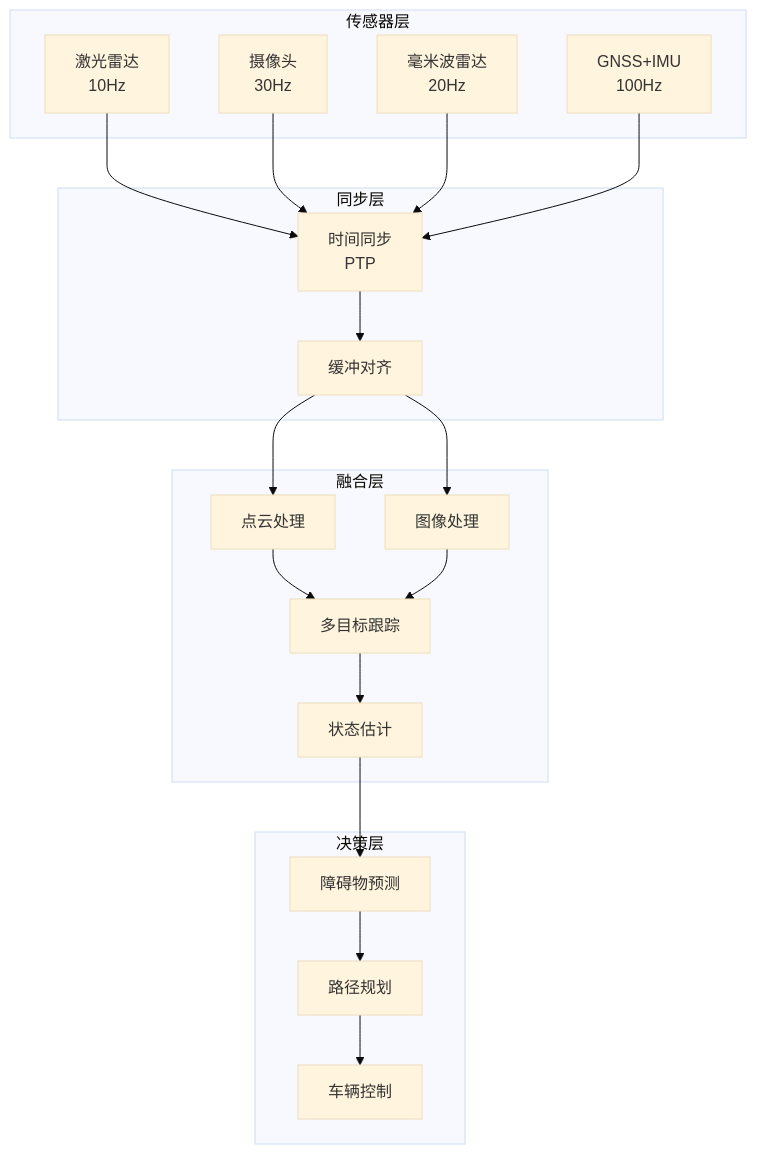
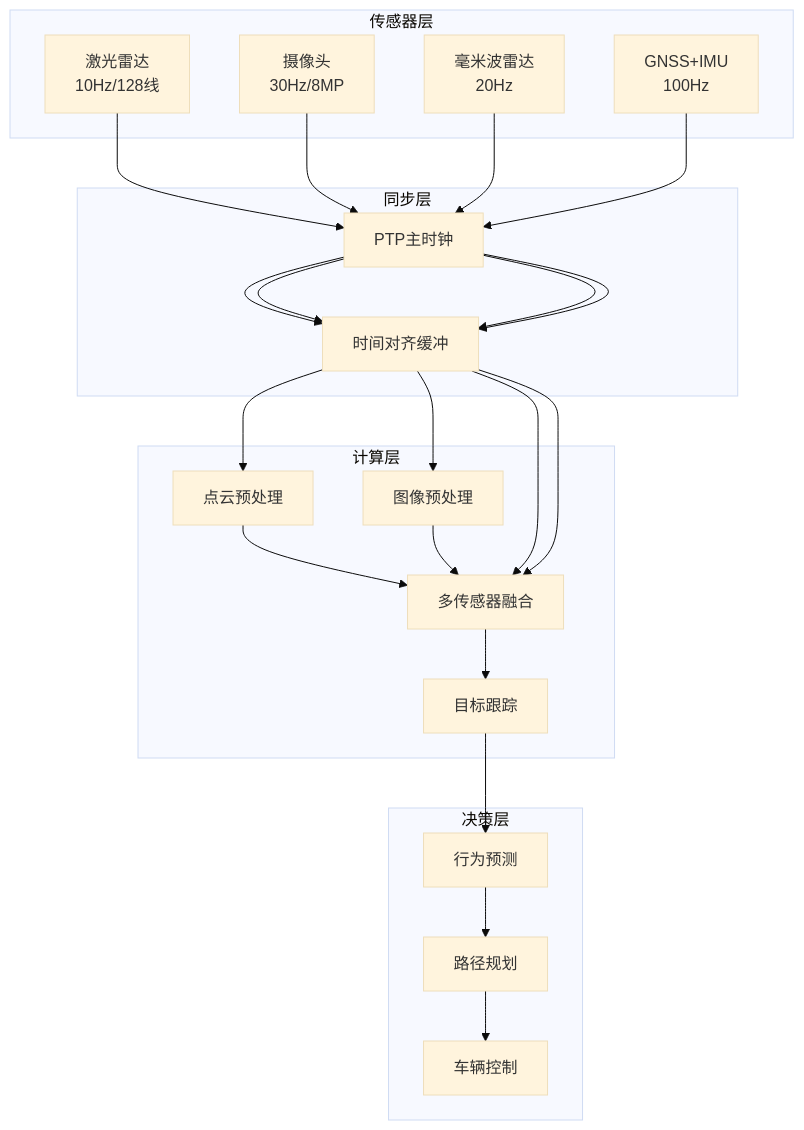
One commit to AdaMartin18010/AnalysisDataFlow changed the diagram in phase2-case-studies/autonomous-driving/11.6.1-sensor-fusion.md. Above: the diagram before and after it, drawn with Mermaid (base theme). The commit also changed other lines of this file and 254 other files, not shown here.

````diff
--- a/phase2-case-studies/autonomous-driving/11.6.1-sensor-fusion.md
+++ b/phase2-case-studies/autonomous-driving/11.6.1-sensor-fusion.md
@@ -45,36 +143,30 @@
 ```mermaid
 graph TB
     subgraph Sensors[传感器层]
-        L1[激光雷达<br/>10Hz]
-        C1[摄像头<br/>30Hz]
+        L1[激光雷达<br/>10Hz/128线]
+        C1[摄像头<br/>30Hz/8MP]
         R1[毫米波雷达<br/>20Hz]
         G1[GNSS+IMU<br/>100Hz]
     end
-
     subgraph Sync[同步层]
-        T1[时间同步<br/>PTP]
-        B1[缓冲对齐]
+        T1[PTP主时钟]
+        B1[时间对齐缓冲]
     end
-
-    subgraph Fusion[融合层]
-        F1[点云处理]
-        F2[图像处理]
-        F3[多目标跟踪]
-        F4[状态估计]
+    subgraph Compute[计算层]
+        P1[点云预处理]
+        P2[图像预处理]
+        F1[多传感器融合]
+        F2[目标跟踪]
     end
-
     subgraph Decision[决策层]
-        D1[障碍物预测]
+        D1[行为预测]
         D2[路径规划]
         D3[车辆控制]
     end
+    L1 --> T1 --> B1 --> P1 --> F1
+    C1 --> T1 --> B1 --> P2 --> F1
+    R1 --> T1 --> B1 --> F1
+    G1 --> T1 --> B1 --> F1
+    F1 --> F2 --> D1 --> D2 --> D3
 
-    L1 --> T1
-    C1 --> T1
-    R1 --> T1
-    G1 --> T1
-    T1 --> B1 --> F1 & F2
-    F1 --> F3
-    F2 --> F3 --> F4
-    F4 --> D1 --> D2 --> D3
 ```
````
